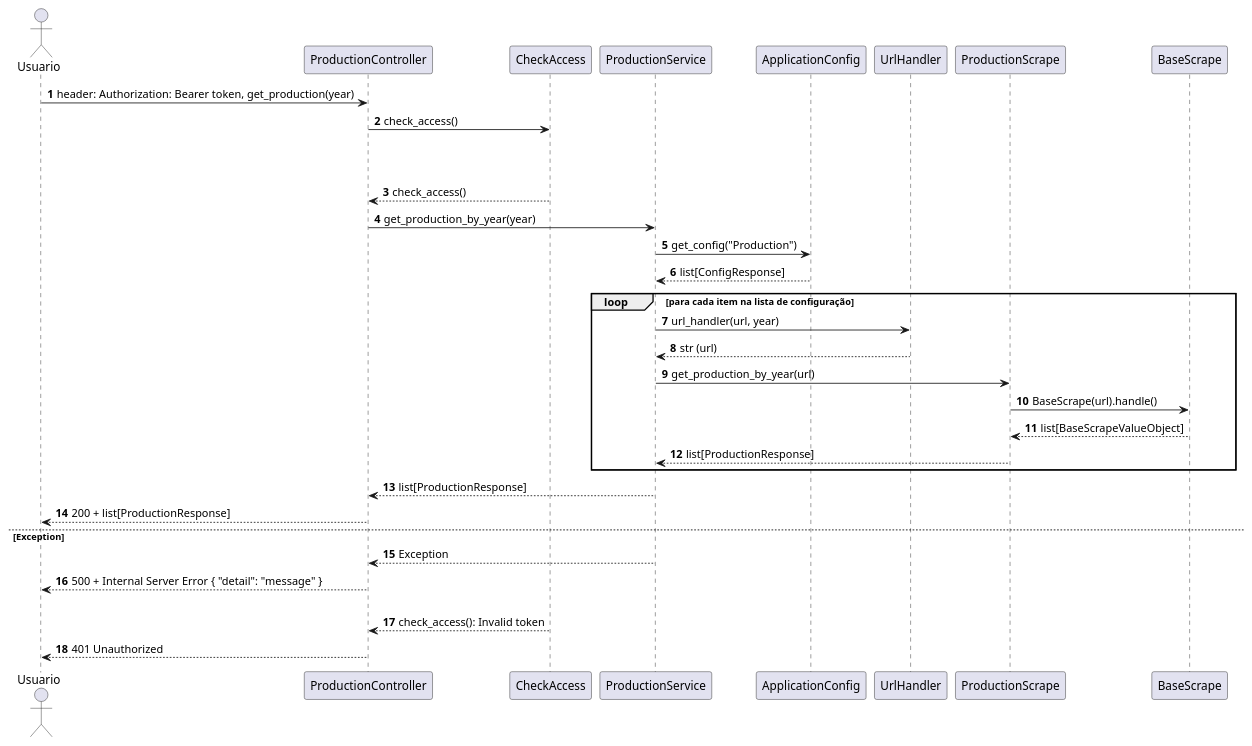
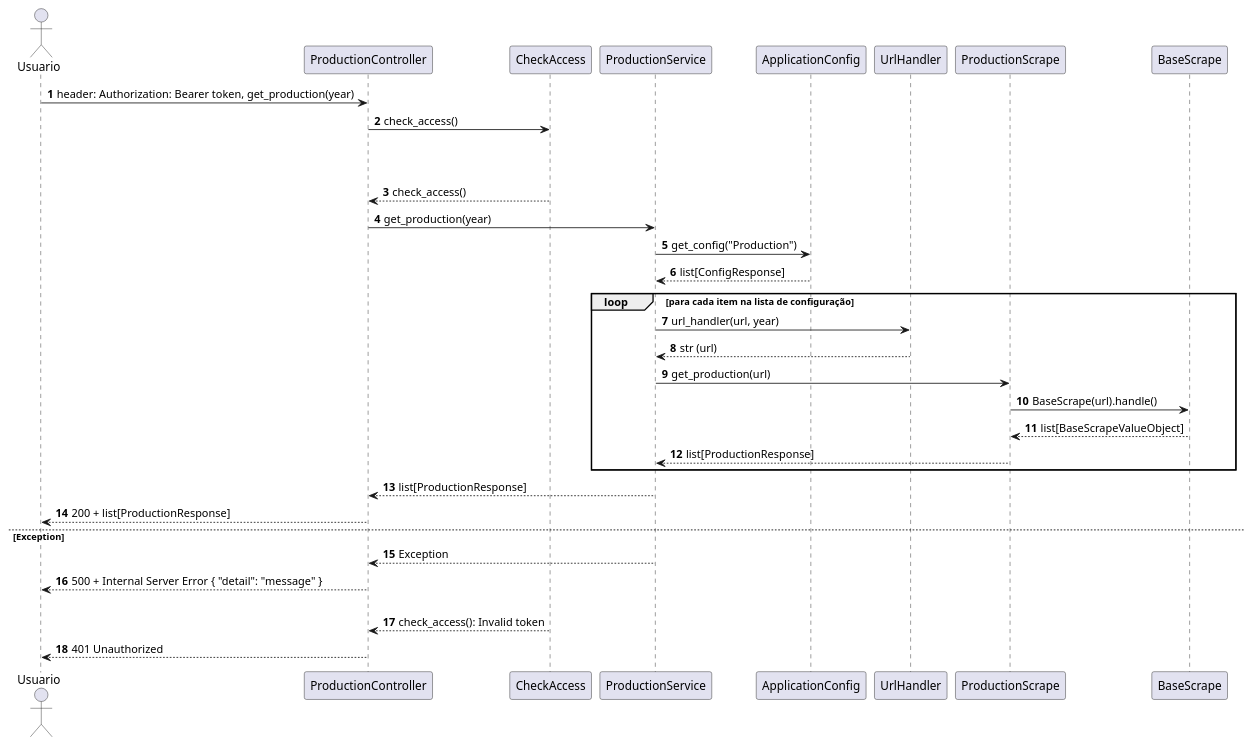
Before and after one commit to henriquecomp/vinicultura: the fourth of 8 diagrams in README.md, drawn with PlantUML. The commit also changed other lines of this file and 25 other files, not shown here.

```diff
--- a/README.md
+++ b/README.md
@@ -144,39 +144,39 @@
 @startuml
 autonumber
 actor Usuario
 participant "ProductionController" as Controller
 participant "CheckAccess" as CheckAccess
 participant "ProductionService" as Application
 participant "ApplicationConfig" as Config
 participant "UrlHandler" as UrlHandler
 participant "ProductionScrape" as Scrape
 participant "BaseScrape" as BaseScrape
 
 'Requisição autenticada
 Usuario -> Controller: header: Authorization: Bearer token, get_production(year) 
 Controller -> CheckAccess: check_access()
 
 alt Token Válido
     alt 
         CheckAccess --> Controller: check_access()
-        Controller -> Application: get_production_by_year(year)
+        Controller -> Application: get_production(year)
         Application -> Config: get_config("Production") 
         Config --> Application: list[ConfigResponse]
         loop para cada item na lista de configuração
             Application -> UrlHandler: url_handler(url, year)
             UrlHandler --> Application: str (url)
-            Application -> Scrape: get_production_by_year(url)
+            Application -> Scrape: get_production(url)
             Scrape -> BaseScrape: BaseScrape(url).handle()
             BaseScrape --> Scrape: list[BaseScrapeValueObject]
             Scrape --> Application: list[ProductionResponse]
         end
         Application --> Controller: list[ProductionResponse]
         Controller --> Usuario: 200 + list[ProductionResponse]
     else Exception
         Application --> Controller: Exception
         Controller --> Usuario: 500 + Internal Server Error { "detail": "message" }
 else Token Inválido
     CheckAccess --> Controller: check_access(): Invalid token
     Controller --> Usuario: 401 Unauthorized
 
 @enduml
```
